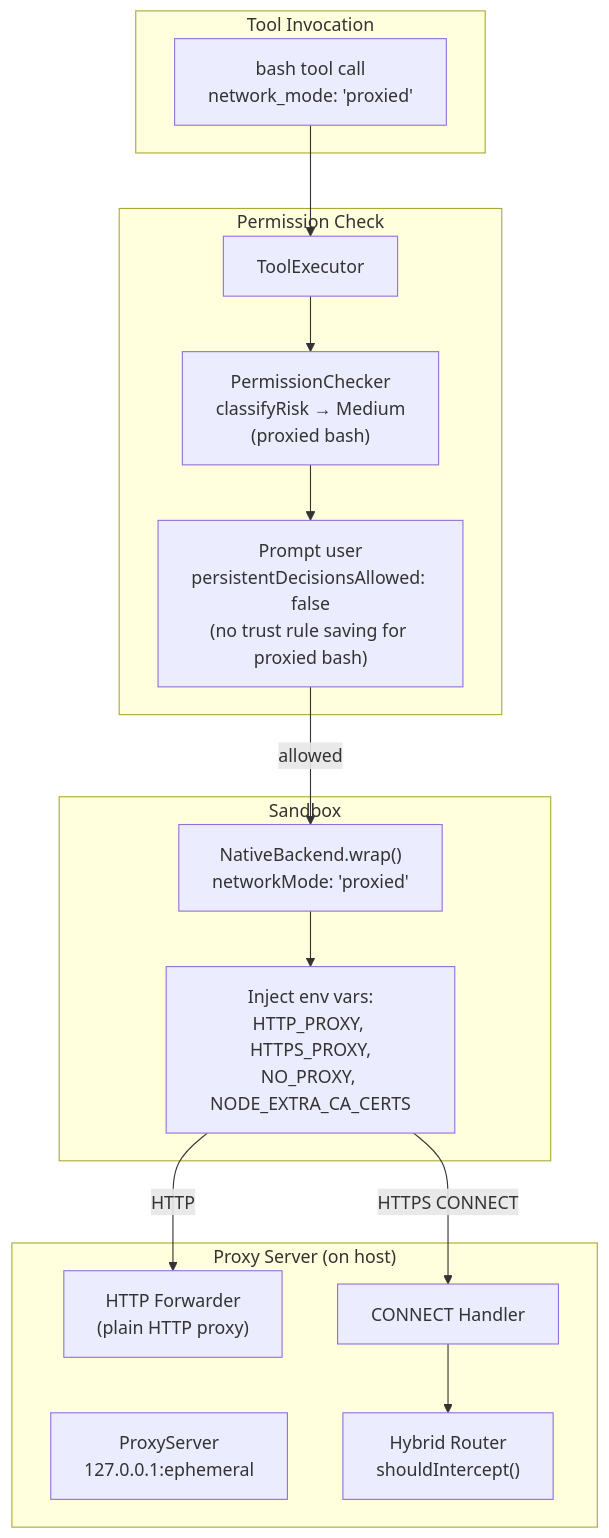
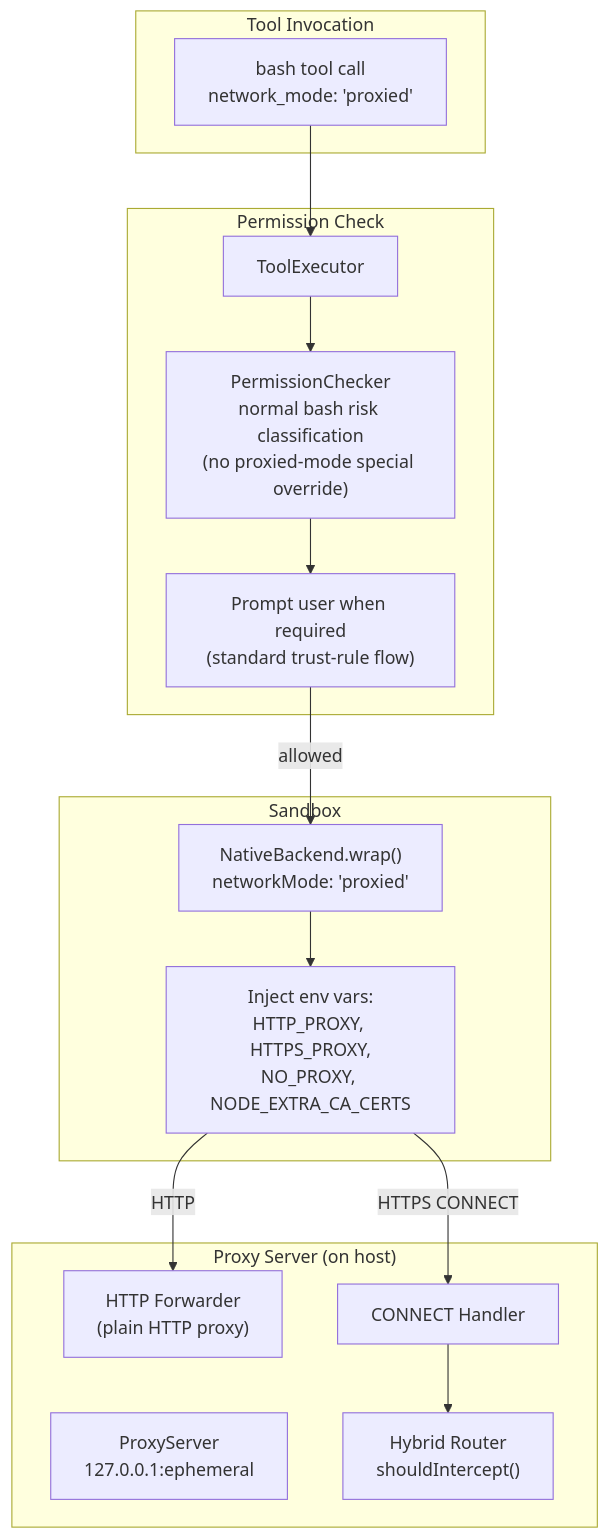
Before and after one commit to vellum-ai/vellum-assistant: the fifth of 10 diagrams in assistant/docs/architecture/integrations.md, drawn with Mermaid. The commit also changed other lines of this file and 12 other files, not shown here.

Commit message:
Remove deprecated network_request tool in favor of proxied bash

````diff
--- a/assistant/docs/architecture/integrations.md
+++ b/assistant/docs/architecture/integrations.md
@@ -419,33 +418,33 @@
 ```mermaid
 graph TB
     subgraph "Tool Invocation"
         BASH_CALL["bash tool call<br/>network_mode: 'proxied'"]
     end
 
     subgraph "Permission Check"
         EXECUTOR["ToolExecutor"]
-        PERM["PermissionChecker<br/>classifyRisk → Medium<br/>(proxied bash)"]
-        PROMPT["Prompt user<br/>persistentDecisionsAllowed: false<br/>(no trust rule saving for proxied bash)"]
+        PERM["PermissionChecker<br/>normal bash risk classification<br/>(no proxied-mode special override)"]
+        PROMPT["Prompt user when required<br/>(standard trust-rule flow)"]
     end
 
     subgraph "Sandbox"
         SANDBOX["NativeBackend.wrap()<br/>networkMode: 'proxied'"]
         ENV_INJECT["Inject env vars:<br/>HTTP_PROXY, HTTPS_PROXY,<br/>NO_PROXY, NODE_EXTRA_CA_CERTS"]
     end
 
     subgraph "Proxy Server (on host)"
         SERVER["ProxyServer<br/>127.0.0.1:ephemeral"]
         HTTP_FWD["HTTP Forwarder<br/>(plain HTTP proxy)"]
         CONNECT["CONNECT Handler"]
         ROUTER["Hybrid Router<br/>shouldIntercept()"]
     end
 
     BASH_CALL --> EXECUTOR
     EXECUTOR --> PERM
     PERM --> PROMPT
     PROMPT -->|"allowed"| SANDBOX
     SANDBOX --> ENV_INJECT
     ENV_INJECT -->|"HTTP"| HTTP_FWD
     ENV_INJECT -->|"HTTPS CONNECT"| CONNECT
     CONNECT --> ROUTER
 ```
````
